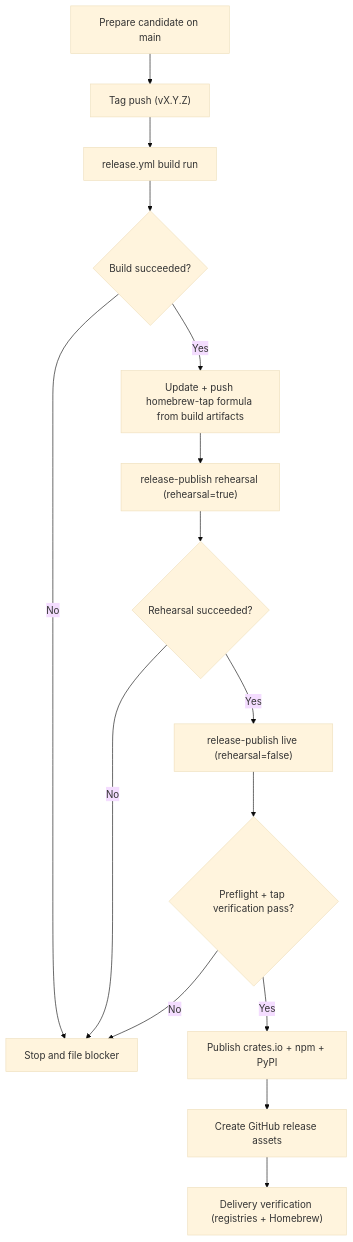
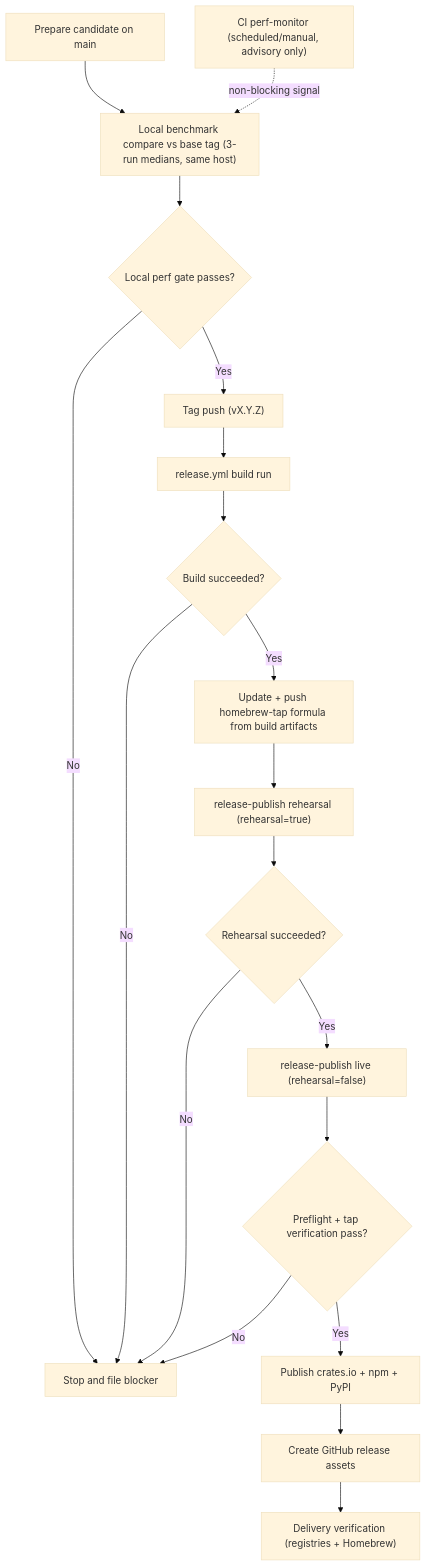
Before and after one commit to sandover/plasmite: the diagram in docs/record/releasing.md, drawn with Mermaid (base theme). The commit also changed other lines of this file and 6 other files, not shown here.

First line of the commit message:
chore(release): make perf gate local-first

````diff
--- a/docs/record/releasing.md
+++ b/docs/record/releasing.md
@@ -30,17 +30,21 @@
 ```mermaid
 flowchart TD
-    A["Prepare candidate on main"] --> B["Tag push (vX.Y.Z)"]
+    A["Prepare candidate on main"] --> A1["Local benchmark compare vs base tag (3-run medians, same host)"]
+    A1 --> A2{"Local perf gate passes?"}
+    A2 -- "No" --> X["Stop and file blocker"]
+    A2 -- "Yes" --> B["Tag push (vX.Y.Z)"]
     B --> C["release.yml build run"]
     C --> D{"Build succeeded?"}
-    D -- "No" --> X["Stop and file blocker"]
+    D -- "No" --> X
     D -- "Yes" --> E["Update + push homebrew-tap formula from build artifacts"]
     E --> F["release-publish rehearsal (rehearsal=true)"]
     F --> G{"Rehearsal succeeded?"}
     G -- "No" --> X
     G -- "Yes" --> H["release-publish live (rehearsal=false)"]
     H --> I{"Preflight + tap verification pass?"}
     I -- "No" --> X
     I -- "Yes" --> J["Publish crates.io + npm + PyPI"]
     J --> K["Create GitHub release assets"]
     K --> L["Delivery verification (registries + Homebrew)"]
+    M["CI perf-monitor (scheduled/manual, advisory only)"] -. "non-blocking signal" .-> A1
 ```
````
